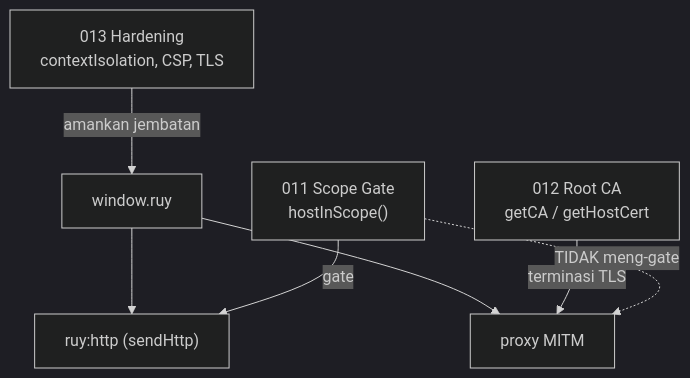
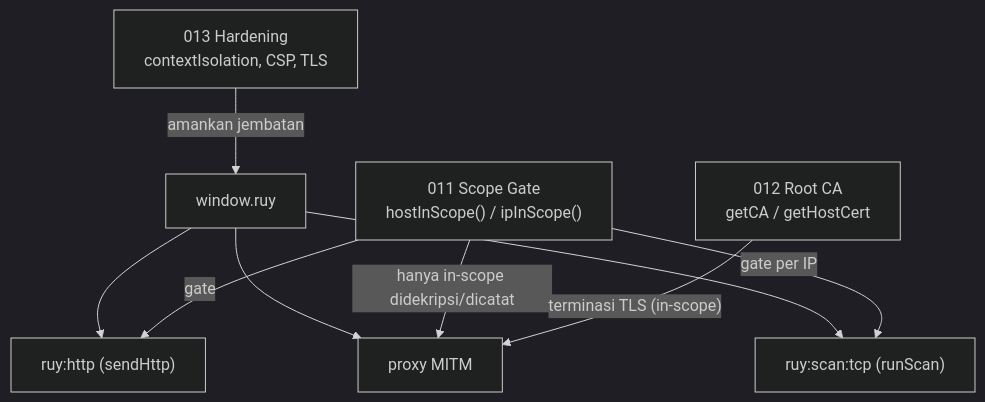
The diagram in docs/010_fondasi-keamanan.md (AlatBekam/Interu), drawn with Mermaid (dark theme) before and after one commit. The commit also changed other lines of this file and 19 other files, not shown here.

````diff
--- a/docs/010_fondasi-keamanan.md
+++ b/docs/010_fondasi-keamanan.md
@@ -27,13 +28,15 @@
 ```mermaid
 flowchart TD
-  Scope["011 Scope Gate\nhostInScope()"]
+  Scope["011 Scope Gate\nhostInScope() / ipInScope()"]
   CA["012 Root CA\ngetCA / getHostCert"]
   Harden["013 Hardening\ncontextIsolation, CSP, TLS"]
 
   Harden -->|"amankan jembatan"| Bridge["window.ruy"]
   Bridge --> HTTP["ruy:http (sendHttp)"]
   Bridge --> Proxy["proxy MITM"]
+  Bridge --> Scan["ruy:scan:tcp (runScan)"]
   Scope -->|"gate"| HTTP
-  CA -->|"terminasi TLS"| Proxy
-  Scope -. "TIDAK meng-gate" .-> Proxy
+  Scope -->|"gate per IP"| Scan
+  Scope -->|"hanya in-scope didekripsi/dicatat"| Proxy
+  CA -->|"terminasi TLS (in-scope)"| Proxy
 ```
````
